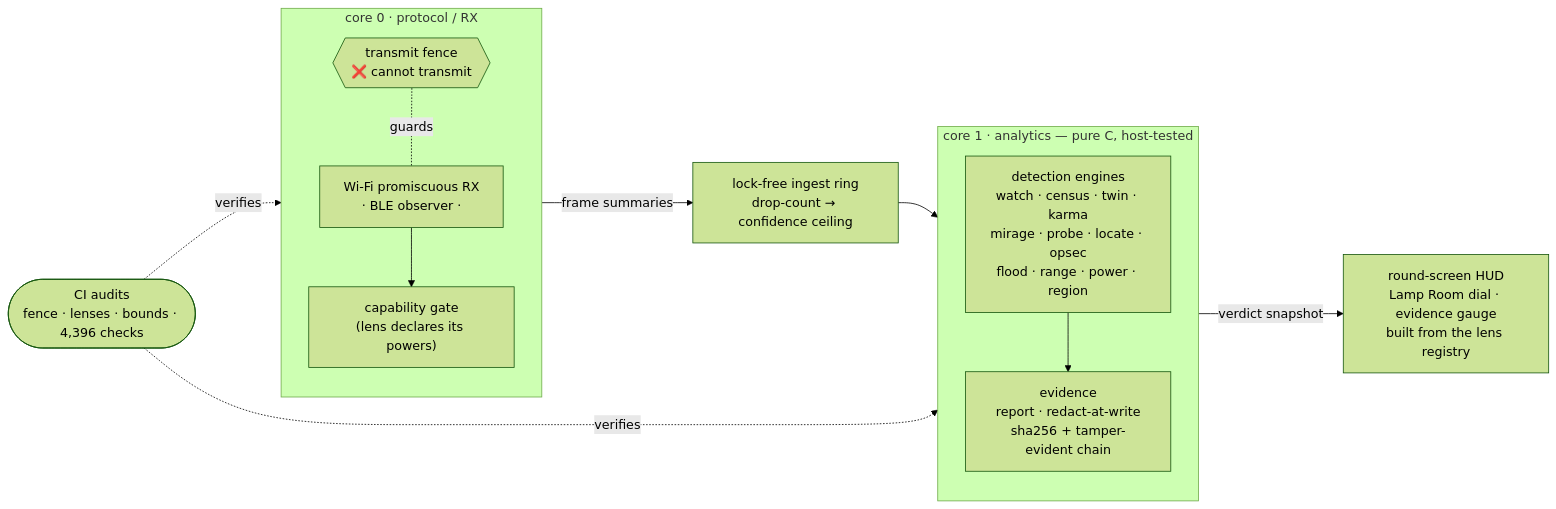
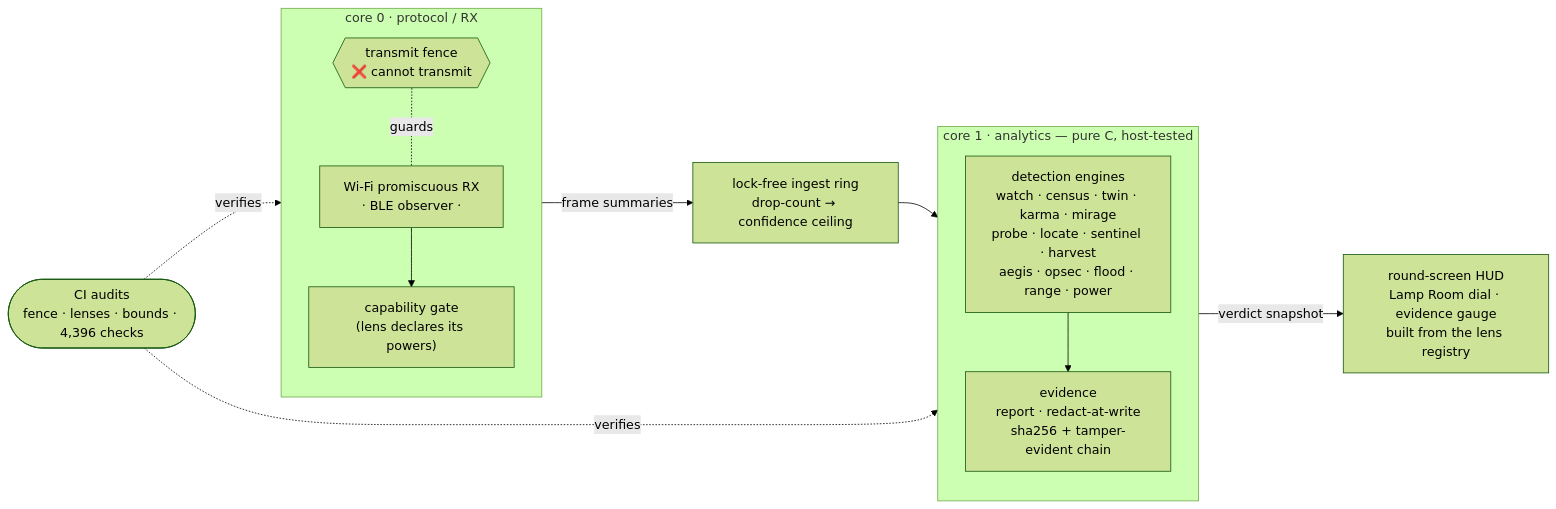
One commit to at0m-b0mb/Pharos-ESP32S3 changed the diagram in README.md. Above: the diagram before and after it, drawn with Mermaid (forest theme). The commit also changed other lines of this file and 33 other files, not shown here.

First line of the commit message:
feat: Aegis correlation + latch, and Harvest handshake-collection detection

````diff
--- a/README.md
+++ b/README.md
@@ -171,28 +174,28 @@
 ```mermaid
 flowchart LR
   subgraph C0["core 0 · protocol / RX"]
     direction TB
     RX["Wi-Fi promiscuous RX<br/>· BLE observer ·"]
     FENCE{{"transmit fence<br/>❌ cannot transmit"}}
     CAP["capability gate<br/>(lens declares its powers)"]
     RX --> CAP
     FENCE -. guards .- RX
   end
 
   RING["lock-free ingest ring<br/>drop-count → confidence ceiling"]
 
   subgraph C1["core 1 · analytics — pure C, host-tested"]
     direction TB
-    ENG["detection engines<br/>watch · census · twin · karma<br/>mirage · probe · locate · opsec<br/>flood · range · power · region"]
+    ENG["detection engines<br/>watch · census · twin · karma · mirage<br/>probe · locate · sentinel · harvest<br/>aegis · opsec · flood · range · power"]
     EVID["evidence<br/>report · redact-at-write<br/>sha256 + tamper-evident chain"]
     ENG --> EVID
   end
 
   UI["round-screen HUD<br/>Lamp Room dial · evidence gauge<br/>built from the lens registry"]
   AUDIT(["CI audits<br/>fence · lenses · bounds · 4,396 checks"])
 
   CAP -->|"frame summaries"| RING --> ENG
   ENG -->|"verdict snapshot"| UI
   AUDIT -. verifies .-> FENCE
   AUDIT -. verifies .-> ENG
 ```
````
